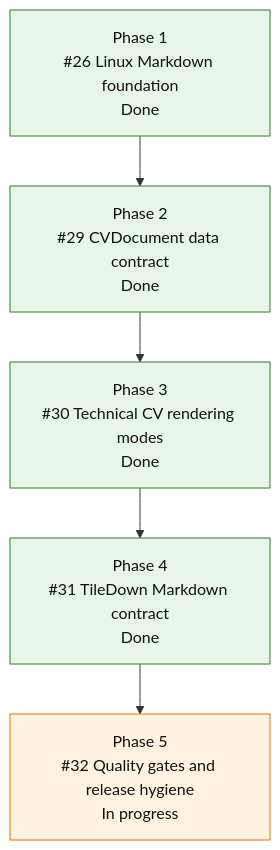
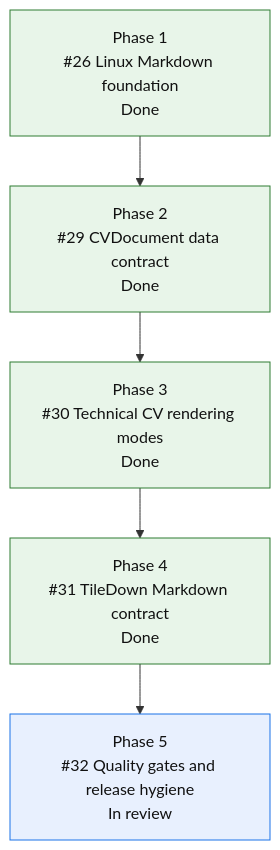
Before and after one commit to mihaelamj/cvbuilder: the diagram in README.md, drawn with Mermaid. The commit also changed 1 other file, not shown here.

Commit message:
docs(roadmap): mark quality gates in review

````diff
--- a/README.md
+++ b/README.md
@@ -150,19 +150,19 @@
 ```mermaid
 flowchart TD
     P1["Phase 1<br/>#26 Linux Markdown foundation<br/>Done"]
     P2["Phase 2<br/>#29 CVDocument data contract<br/>Done"]
     P3["Phase 3<br/>#30 Technical CV rendering modes<br/>Done"]
     P4["Phase 4<br/>#31 TileDown Markdown contract<br/>Done"]
-    P5["Phase 5<br/>#32 Quality gates and release hygiene<br/>In progress"]
+    P5["Phase 5<br/>#32 Quality gates and release hygiene<br/>In review"]
 
     P1 --> P2 --> P3 --> P4 --> P5
 
     classDef done fill:#e8f5e9,stroke:#2e7d32,color:#111;
     classDef active fill:#fff3e0,stroke:#ef6c00,color:#111;
     classDef review fill:#e8f0fe,stroke:#1a73e8,color:#111;
     classDef next fill:#fff8e1,stroke:#f9a825,color:#111;
     classDef partial fill:#e0f7fa,stroke:#00838f,color:#111;
     classDef todo fill:#eef3ff,stroke:#3367d6,color:#111;
     class P1,P2,P3,P4 done;
-    class P5 active;
+    class P5 review;
 ```
````
